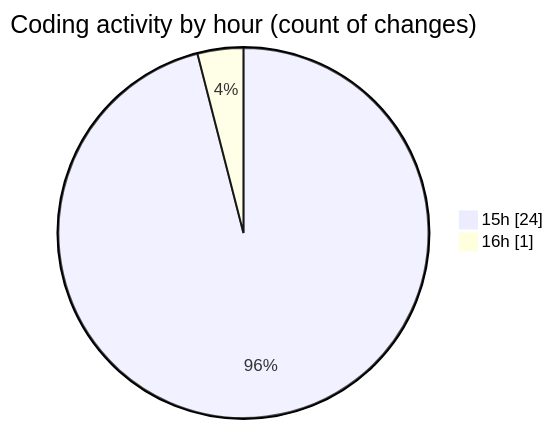
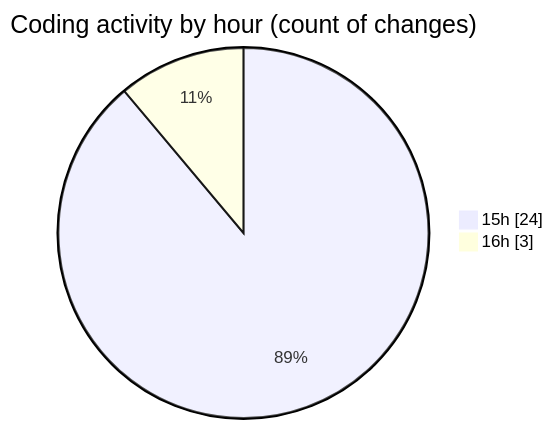
Before and after one commit to EIIisD/code-tracking: the second of 2 diagrams in 2025-07-31/tw-server/README.md, drawn with Mermaid. The commit also changed other lines of this file and 1 other file, not shown here.

````diff
--- a/2025-07-31/tw-server/README.md
+++ b/2025-07-31/tw-server/README.md
@@ -36,6 +36,6 @@
 ```mermaid
 pie showData
 title Coding activity by hour (count of changes)
 "15h" : 24
-"16h" : 1
+"16h" : 3
 ```
````
